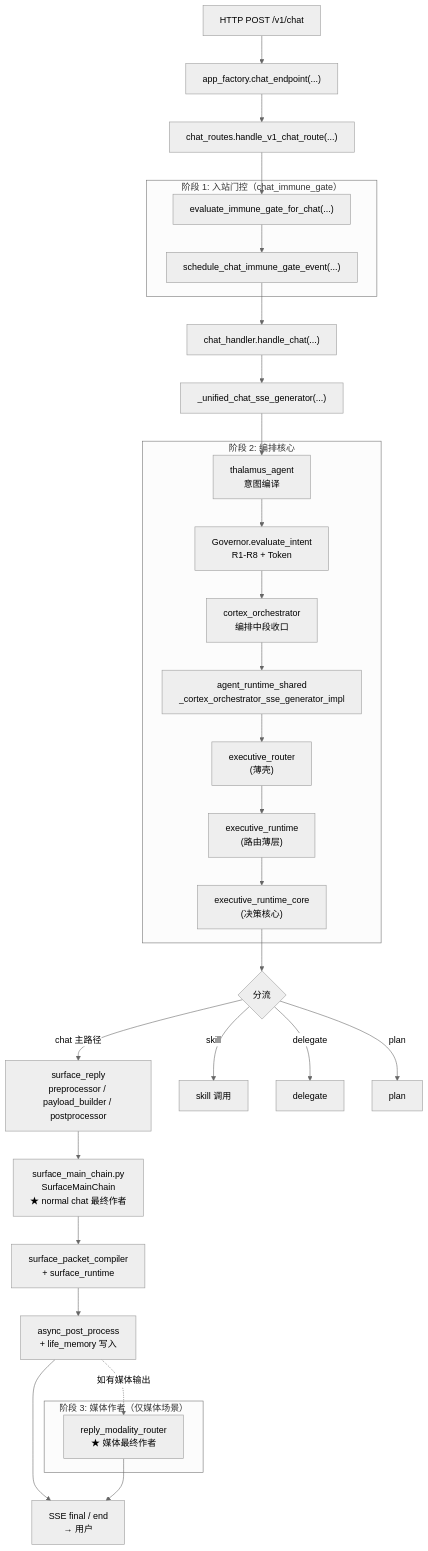
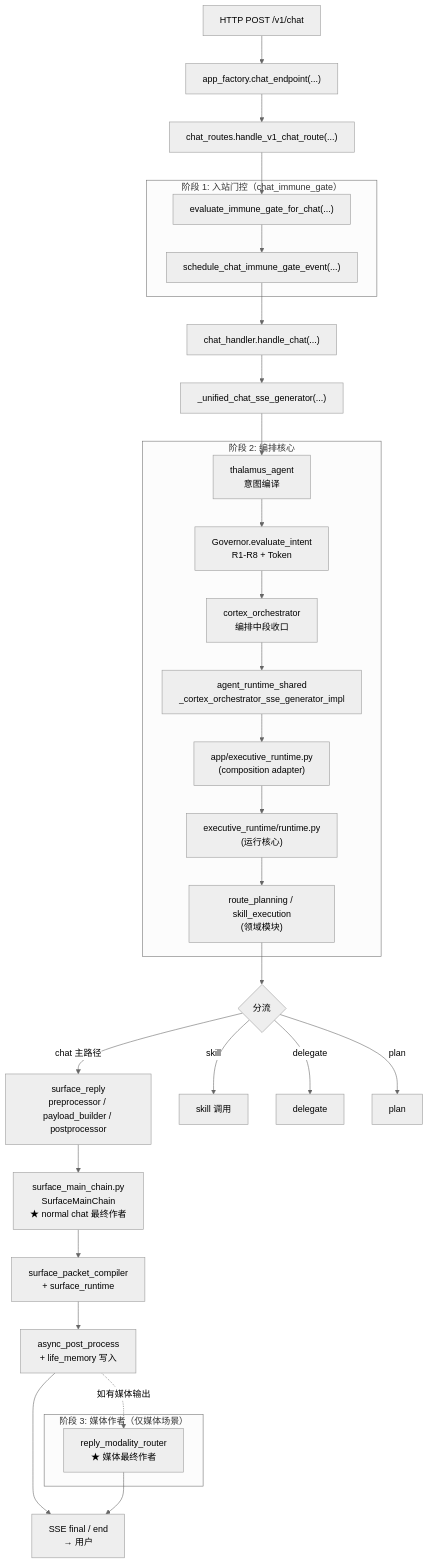
The first of 2 diagrams in docs/50_project/arch/diagrams/02_main_chain_flow.md (SakuraYoruno/Natsume_Ai), drawn with Mermaid (neutral theme) before and after one commit. The commit also changed other lines of this file and 483 other files, not shown here.

````diff
--- a/docs/50_project/arch/diagrams/02_main_chain_flow.md
+++ b/docs/50_project/arch/diagrams/02_main_chain_flow.md
@@ -21,49 +21,49 @@
 ```mermaid
 flowchart TD
     A["HTTP POST /v1/chat"]
     A --> EP["app_factory.chat_endpoint(...)"]
     EP --> R["chat_routes.handle_v1_chat_route(...)"]
 
     subgraph Stage1["阶段 1: 入站门控（chat_immune_gate）"]
         IG["evaluate_immune_gate_for_chat(...)"]
         SCH["schedule_chat_immune_gate_event(...)"]
         IG --> SCH
     end
 
     R --> IG
     SCH --> CH["chat_handler.handle_chat(...)"]
     CH --> SSE["_unified_chat_sse_generator(...)"]
 
     subgraph Stage2["阶段 2: 编排核心"]
         TH["thalamus_agent<br/>意图编译"]
         GOV["Governor.evaluate_intent<br/>R1-R8 + Token"]
         CO["cortex_orchestrator<br/>编排中段收口"]
         ARS["agent_runtime_shared<br/>_cortex_orchestrator_sse_generator_impl"]
-        ER["executive_router<br/>(薄壳)"]
-        ERT["executive_runtime<br/>(路由薄层)"]
-        ERC["executive_runtime_core<br/>(决策核心)"]
-        TH --> GOV --> CO --> ARS --> ER --> ERT --> ERC
+        EA["app/executive_runtime.py<br/>(composition adapter)"]
+        ERT["executive_runtime/runtime.py<br/>(运行核心)"]
+        ERD["route_planning / skill_execution<br/>(领域模块)"]
+        TH --> GOV --> CO --> ARS --> EA --> ERT --> ERD
     end
 
     SSE --> TH
 
-    ERC --> SEL{"分流"}
+    ERD --> SEL{"分流"}
     SEL -->|chat 主路径| CA["surface_reply<br/>preprocessor / payload_builder / postprocessor"]
     SEL -->|skill| SK["skill 调用"]
     SEL -->|delegate| DG["delegate"]
     SEL -->|plan| PL["plan"]
 
     CA --> SC["surface_main_chain.py<br/>SurfaceMainChain<br/>★ normal chat 最终作者"]
     SC --> SP["surface_packet_compiler<br/>+ surface_runtime"]
 
     SP --> POST["async_post_process<br/>+ life_memory 写入"]
 
     subgraph Stage3["阶段 3: 媒体作者（仅媒体场景）"]
         RMR["reply_modality_router<br/>★ 媒体最终作者"]
     end
 
     POST -.如有媒体输出.-> RMR
 
     POST --> END["SSE final / end<br/>→ 用户"]
     RMR --> END
 ```
````
